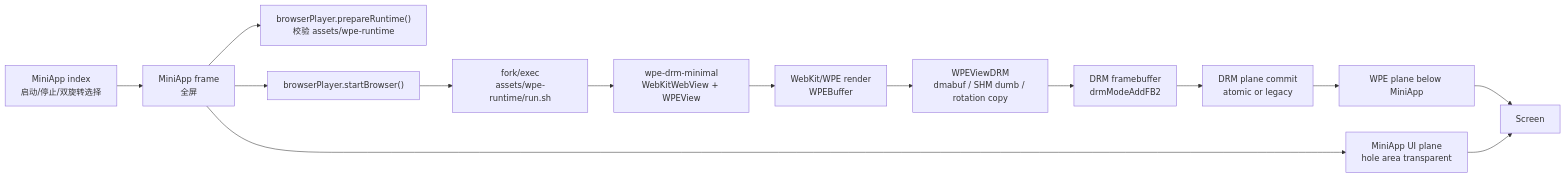
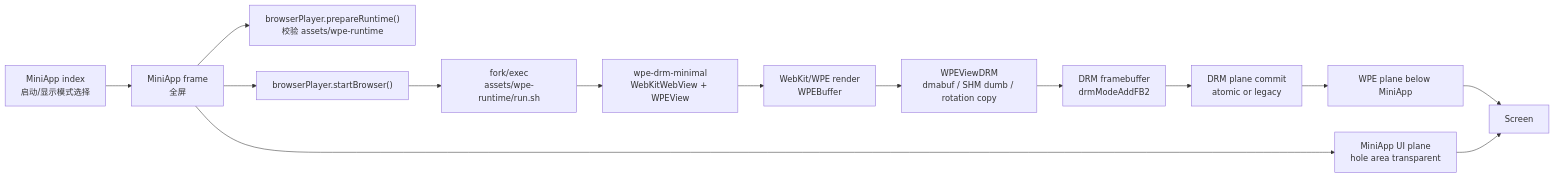
One commit to ls-jl/WPE4YDPv2 changed the diagram in tools/DRM_HOLE_RENDERING_PIPELINE.md. Above: the diagram before and after it, drawn with Mermaid. The commit also changed other lines of this file and 19 other files, not shown here.

First line of the commit message:
Optimize WPE pipeline and simplify app flow

````diff
--- a/tools/DRM_HOLE_RENDERING_PIPELINE.md
+++ b/tools/DRM_HOLE_RENDERING_PIPELINE.md
@@ -22,16 +22,16 @@
 ```mermaid
 flowchart LR
-    A["MiniApp index<br/>启动/停止/双旋转选择"] --> B["MiniApp frame<br/>全屏 <hole>"]
+    A["MiniApp index<br/>启动/显示模式选择"] --> B["MiniApp frame<br/>全屏 <hole>"]
     B --> C["browserPlayer.prepareRuntime()<br/>校验 assets/wpe-runtime"]
     B --> D["browserPlayer.startBrowser()"]
     D --> E["fork/exec<br/>assets/wpe-runtime/run.sh"]
     E --> F["wpe-drm-minimal<br/>WebKitWebView + WPEView"]
     F --> G["WebKit/WPE render<br/>WPEBuffer"]
     G --> H["WPEViewDRM<br/>dmabuf / SHM dumb / rotation copy"]
     H --> I["DRM framebuffer<br/>drmModeAddFB2"]
     I --> J["DRM plane commit<br/>atomic or legacy"]
     J --> K["WPE plane below MiniApp"]
     B --> L["MiniApp UI plane<br/>hole area transparent"]
     K --> M["Screen"]
     L --> M
 ```
````
